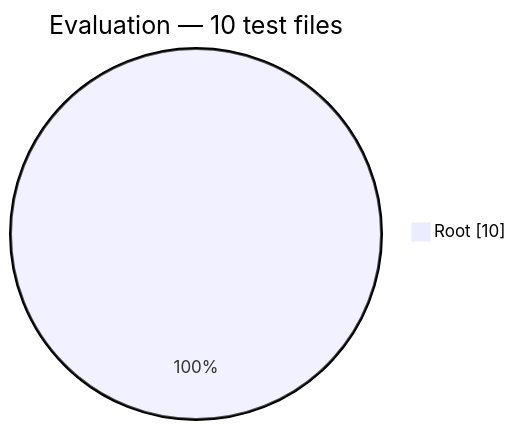
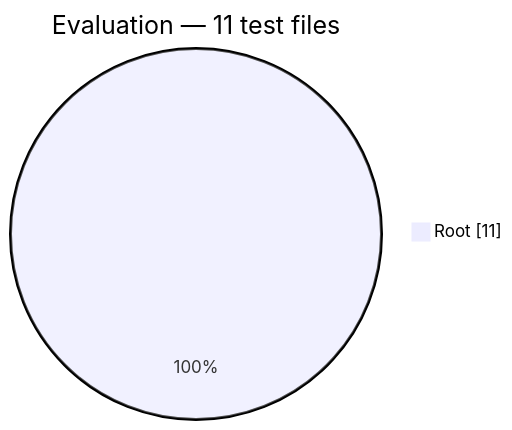
One commit to Mohammed-Alama/php-arazzo changed the third of 12 diagrams in docs/generated/test-composition.md. Above: the diagram before and after it, drawn with Mermaid. The commit also changed other lines of this file and 9 other files, not shown here.

````diff
--- a/docs/generated/test-composition.md
+++ b/docs/generated/test-composition.md
@@ -42,5 +42,5 @@
 ```mermaid
 pie showData
-    title Evaluation — 10 test files
-    "Root": 10
+    title Evaluation — 11 test files
+    "Root": 11
 ```
````
